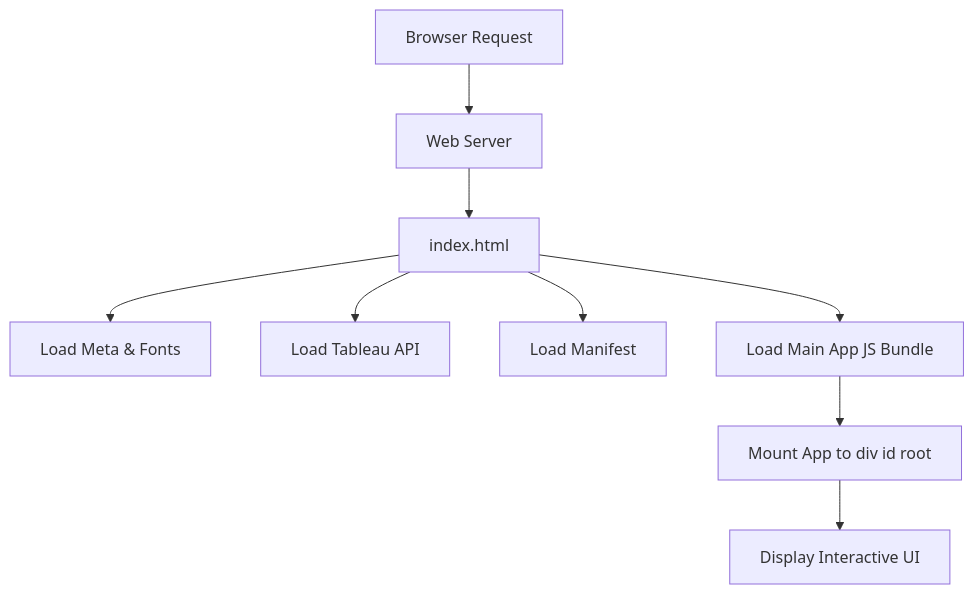
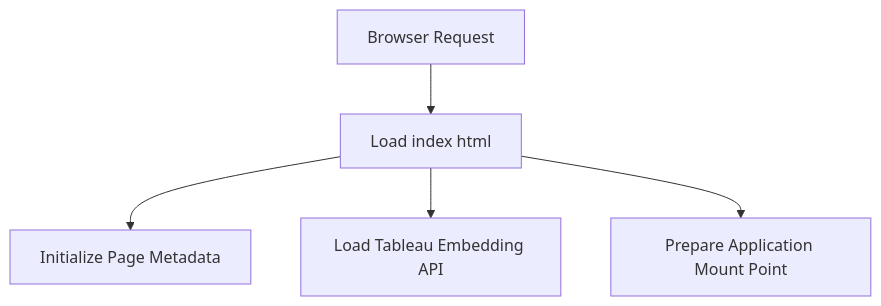
One commit to test-company-prowiz/tableau-frontend changed the diagram in docs/public_index.html.md. Above: the diagram before and after it, drawn with Mermaid. The commit also changed other lines of this file, not shown here.

Commit message:
docs: auto-generated documentation for docs/public_index.html.md

````diff
--- a/docs/public_index.html.md
+++ b/docs/public_index.html.md
@@ -51,11 +41,7 @@
 ```mermaid
 graph TD
-A[Browser Request] --> B[Web Server]
-B --> C[index.html]
-C --> D[Load Meta & Fonts]
-C --> E[Load Tableau API]
-C --> F[Load Manifest]
-C --> G[Load Main App JS Bundle]
-G --> H[Mount App to div id root]
-H --> I[Display Interactive UI]
+A[Browser Request] --> B[Load index html]
+B --> C[Initialize Page Metadata]
+B --> D[Load Tableau Embedding API]
+B --> E[Prepare Application Mount Point]
 ```
````
